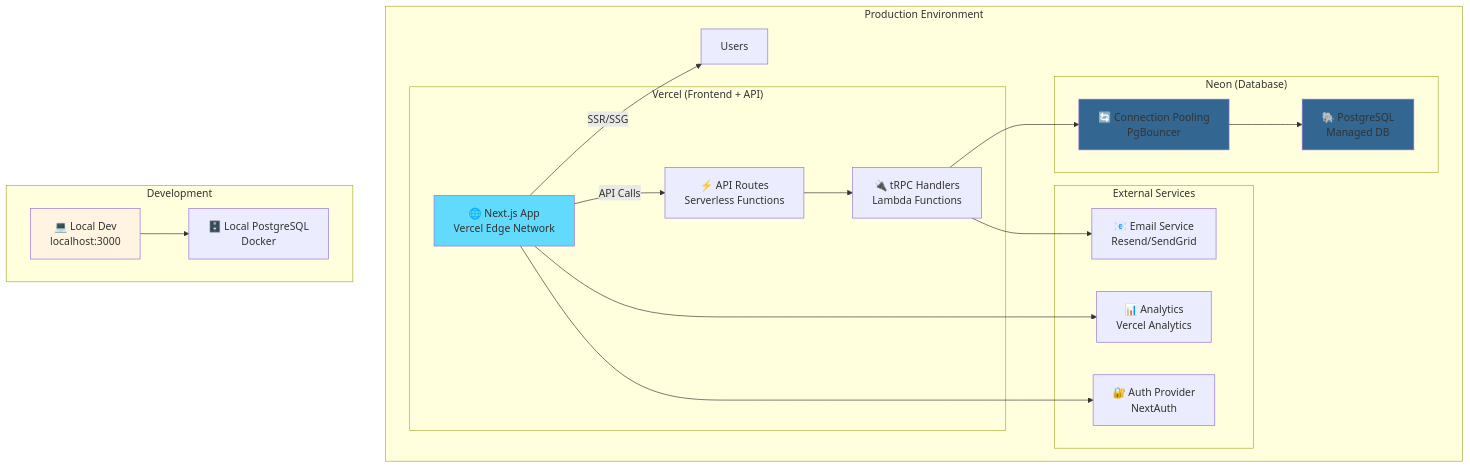
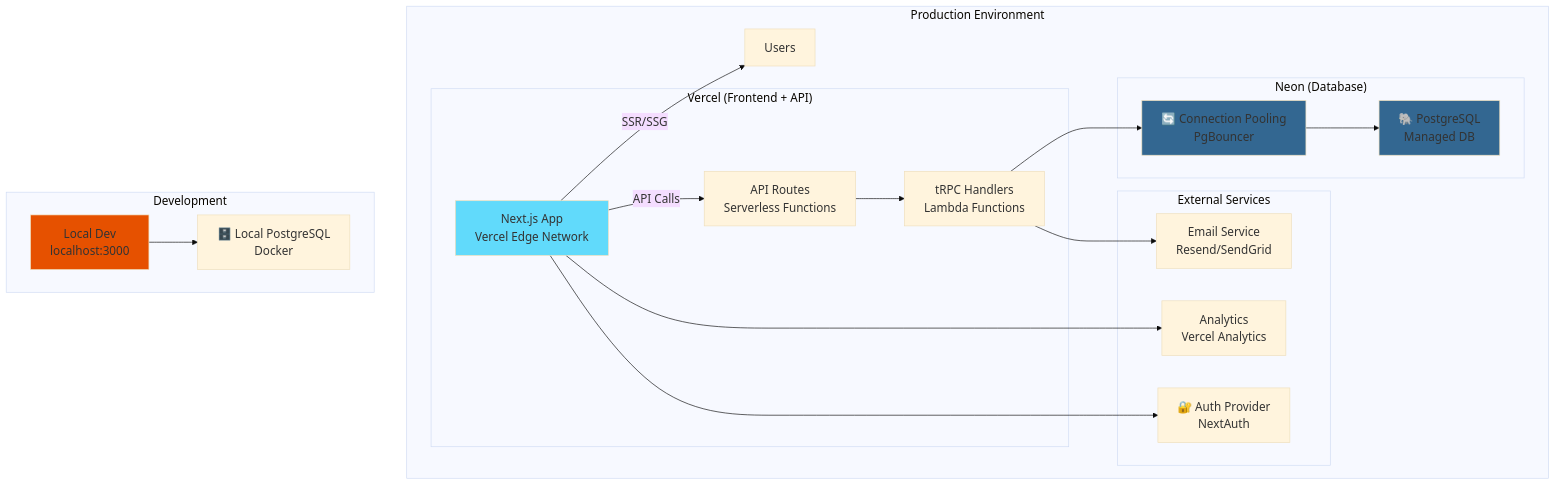
One commit to Ai-Whisperers/Courses-Content changed the ninth of 9 diagrams in courses/🟡-development/FPUNA-2026/01-DESARROLLO-SOFTWARE/especializaciones/web-development/02-desarrollo-fullstack.md. Above: the diagram before and after it, drawn with Mermaid. The commit also changed other lines of this file and 47 other files, not shown here.

First line of the commit message:
fix: Make all 473 diagrams WCAG AAA accessible (FPUNA-2026)

````diff
--- a/courses/🟡-development/FPUNA-2026/01-DESARROLLO-SOFTWARE/especializaciones/web-development/02-desarrollo-fullstack.md
+++ b/courses/🟡-development/FPUNA-2026/01-DESARROLLO-SOFTWARE/especializaciones/web-development/02-desarrollo-fullstack.md
@@ -1815,41 +1823,42 @@
 ```mermaid
+%%{init: {'theme':'base', 'themeVariables': {'fontSize':'18px'}}}%%
 graph TD
     subgraph "Production Environment"
         subgraph "Vercel (Frontend + API)"
-            A[🌐 Next.js App<br/>Vercel Edge Network]
-            B[⚡ API Routes<br/>Serverless Functions]
-            C[🔌 tRPC Handlers<br/>Lambda Functions]
+            A[Next.js App<br/>Vercel Edge Network]
+            B[API Routes<br/>Serverless Functions]
+            C[tRPC Handlers<br/>Lambda Functions]
         end
         
         subgraph "Neon (Database)"
             D[🐘 PostgreSQL<br/>Managed DB]
             E[🔄 Connection Pooling<br/>PgBouncer]
         end
         
         subgraph "External Services"
-            F[📧 Email Service<br/>Resend/SendGrid]
-            G[📊 Analytics<br/>Vercel Analytics]
+            F[Email Service<br/>Resend/SendGrid]
+            G[Analytics<br/>Vercel Analytics]
             H[🔐 Auth Provider<br/>NextAuth]
         end
         
         A -->|SSR/SSG| Users
         A -->|API Calls| B
         B --> C
         C --> E
         E --> D
         C --> F
         A --> G
         A --> H
     end
     
     subgraph "Development"
-        I[💻 Local Dev<br/>localhost:3000]
+        I[Local Dev<br/>localhost:3000]
         J[🗄️ Local PostgreSQL<br/>Docker]
         I --> J
     end
     
     style A fill:#61DAFB
     style D fill:#336791
     style E fill:#336791
-    style I fill:#FFF4E1
+    style I fill:#e65100
 ```
````
